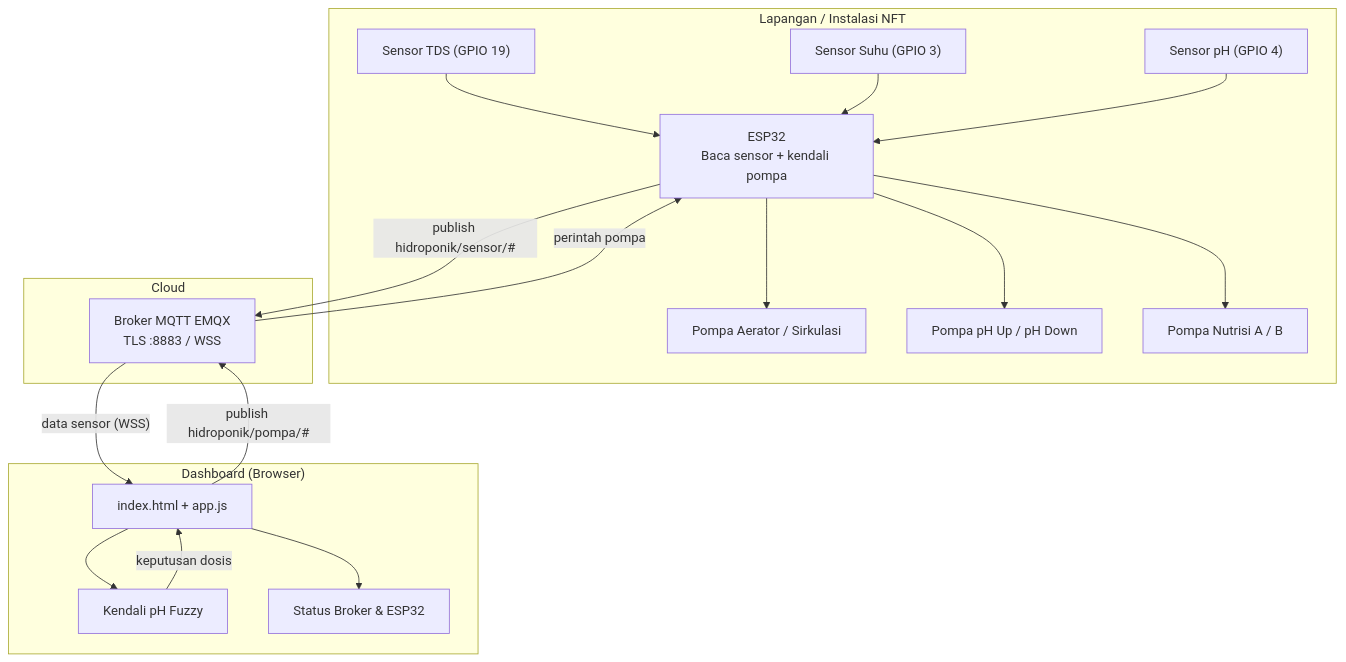
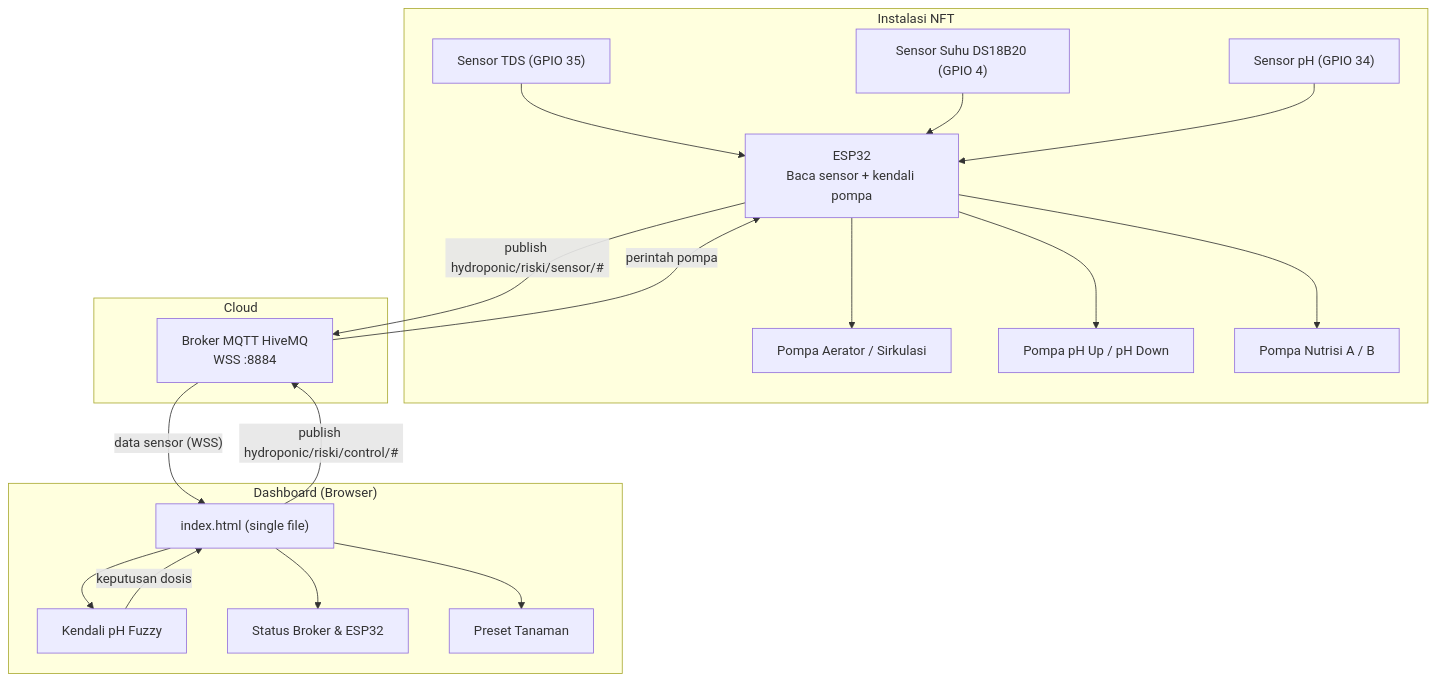
Before and after one commit to ficrammanifur/hydroponics-monitoring: the first of 2 diagrams in README.md, drawn with Mermaid. The commit also changed other lines of this file, not shown here.

````diff
--- a/README.md
+++ b/README.md
@@ -56,36 +246,38 @@
 ```mermaid
 flowchart TD
-    subgraph FIELD["Lapangan / Instalasi NFT"]
-        S1["Sensor TDS (GPIO 19)"]
-        S2["Sensor Suhu (GPIO 3)"]
-        S3["Sensor pH (GPIO 4)"]
+    subgraph FIELD["Instalasi NFT"]
+        S1["Sensor TDS (GPIO 35)"]
+        S2["Sensor Suhu DS18B20 (GPIO 4)"]
+        S3["Sensor pH (GPIO 34)"]
         ESP["ESP32\nBaca sensor + kendali pompa"]
         P1["Pompa Aerator / Sirkulasi"]
         P2["Pompa pH Up / pH Down"]
         P3["Pompa Nutrisi A / B"]
     end
 
     subgraph CLOUD["Cloud"]
-        BR["Broker MQTT EMQX\nTLS :8883 / WSS"]
+        BR["Broker MQTT HiveMQ\nWSS :8884"]
     end
 
     subgraph UI["Dashboard (Browser)"]
-        DASH["index.html + app.js"]
+        DASH["index.html (single file)"]
         FZ["Kendali pH Fuzzy"]
         ST["Status Broker & ESP32"]
+        PR["Preset Tanaman"]
     end
 
     S1 --> ESP
     S2 --> ESP
     S3 --> ESP
-    ESP -- "publish hidroponik/sensor/#" --> BR
+    ESP -- "publish hydroponic/riski/sensor/#" --> BR
     BR -- "data sensor (WSS)" --> DASH
     DASH --> FZ
     DASH --> ST
+    DASH --> PR
     FZ -- "keputusan dosis" --> DASH
-    DASH -- "publish hidroponik/pompa/#" --> BR
+    DASH -- "publish hydroponic/riski/control/#" --> BR
     BR -- "perintah pompa" --> ESP
     ESP --> P1
     ESP --> P2
     ESP --> P3
 ```
````
